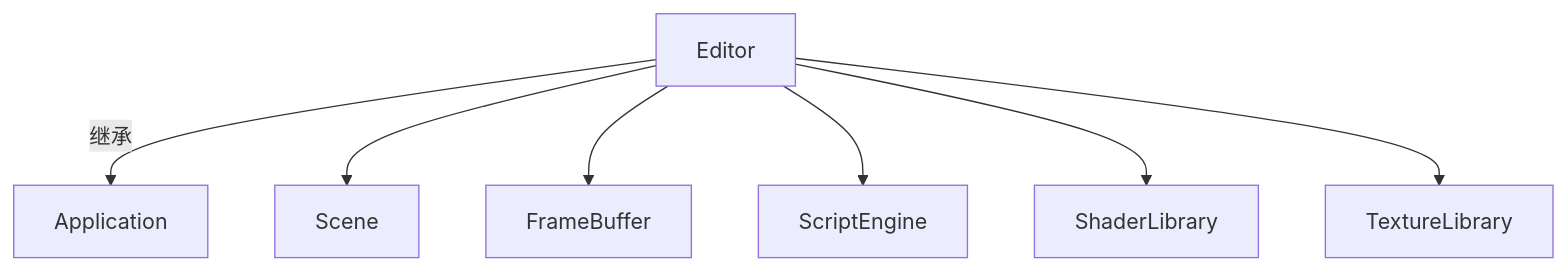
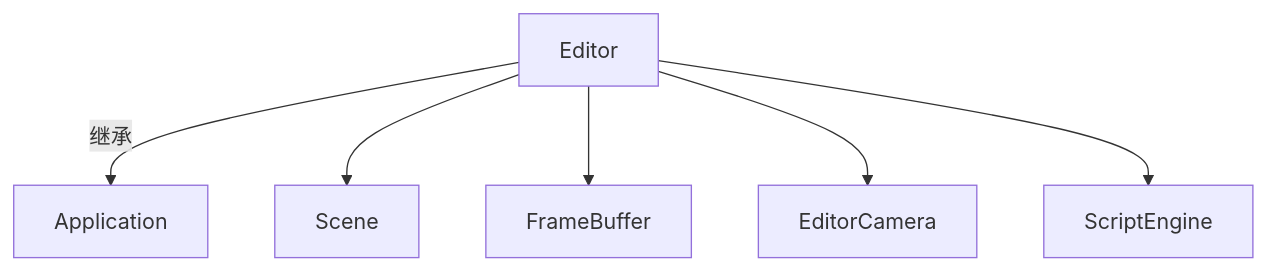
One commit to MiaoHN/MEngine changed the diagram in docs/editor.md. Above: the diagram before and after it, drawn with Mermaid. The commit also changed other lines of this file and 14 other files, not shown here.

````diff
--- a/docs/editor.md
+++ b/docs/editor.md
@@ -9,9 +9,8 @@
 ```mermaid
 graph TB
     Editor -->|继承| Application
     Editor --> Scene
     Editor --> FrameBuffer
+    Editor --> EditorCamera
     Editor --> ScriptEngine
-    Editor --> ShaderLibrary
-    Editor --> TextureLibrary
 ```
````
